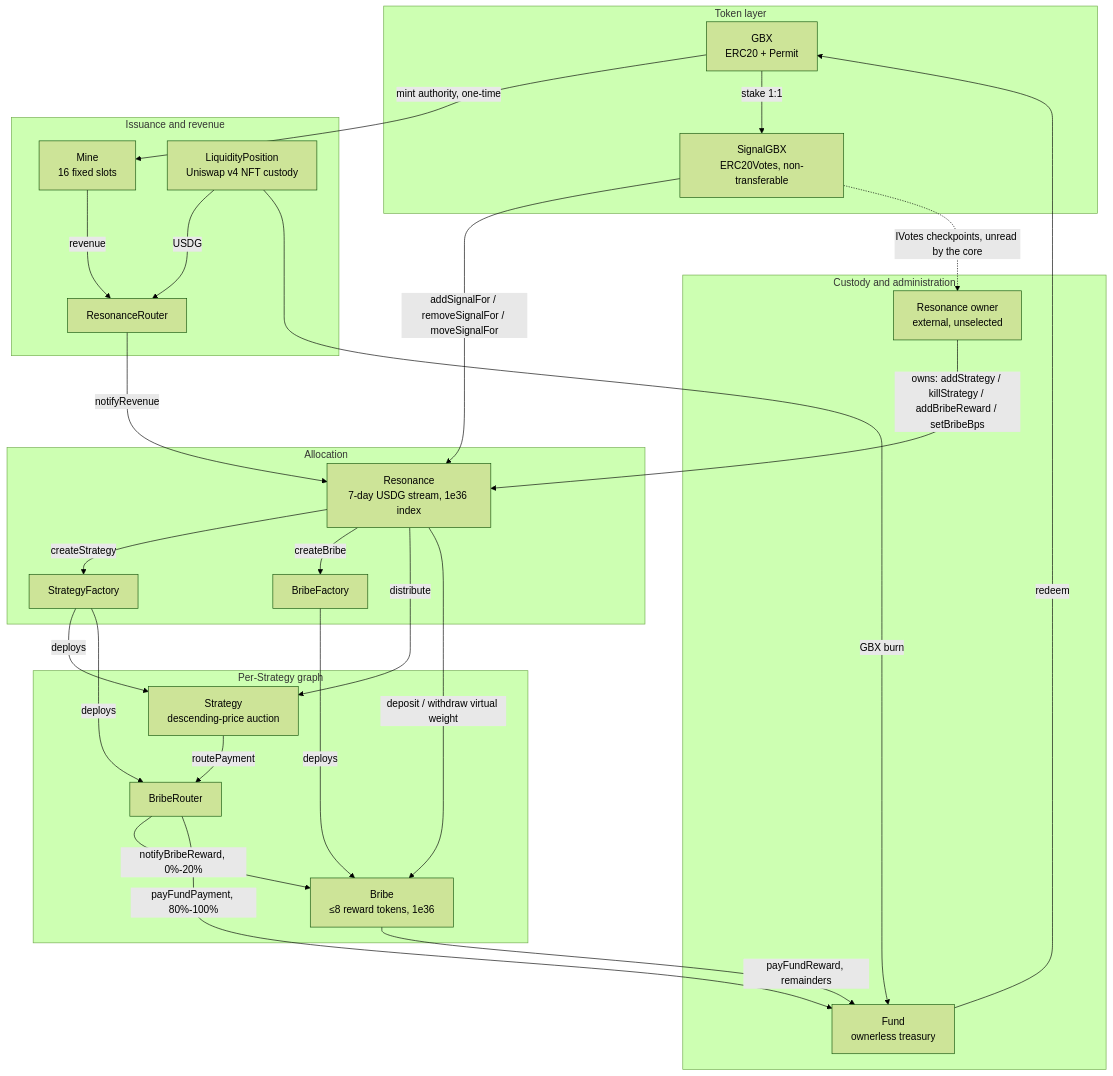
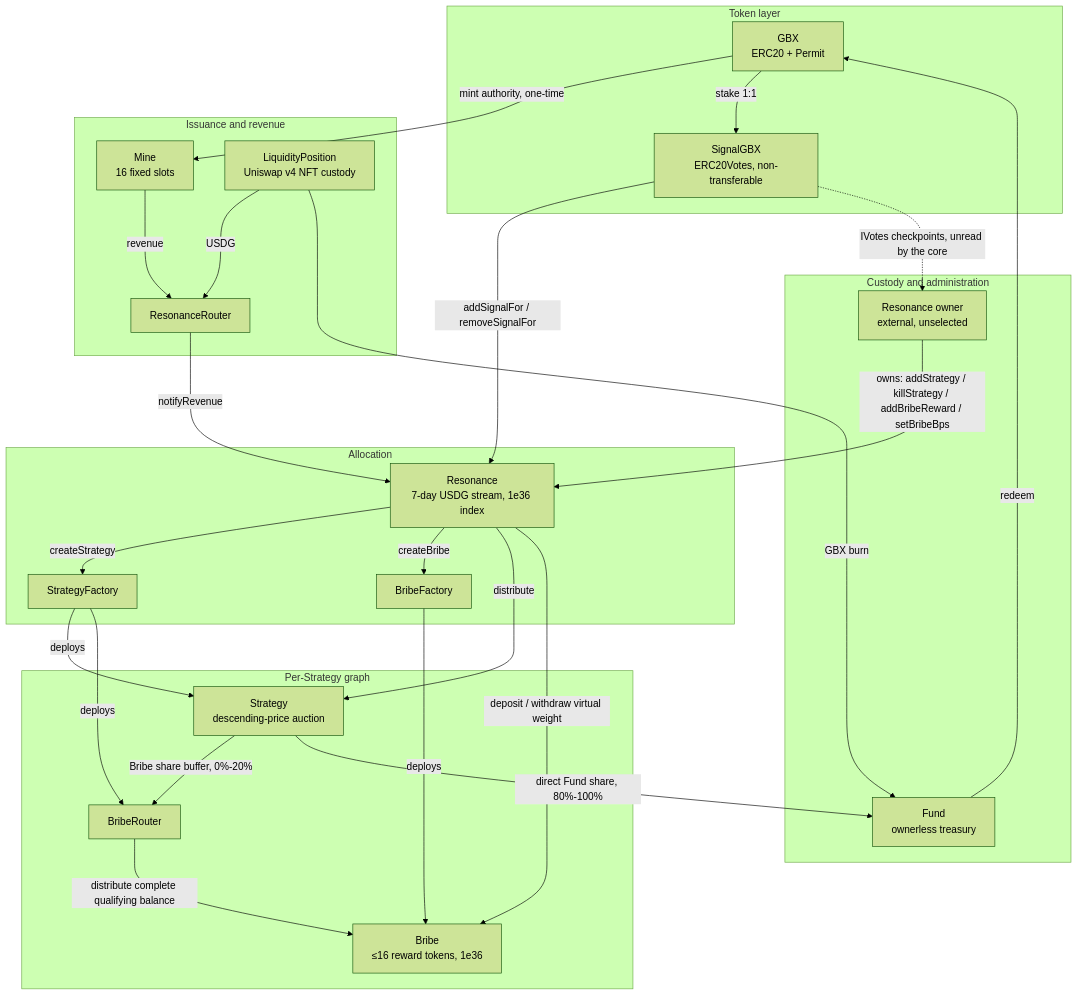
The diagram in docs/whitepapers/gumball-6900/whitepaper.md (Heesho/gumball6900), drawn with Mermaid (forest theme) before and after one commit. The commit also changed other lines of this file and 164 other files, not shown here.

````diff
--- a/docs/whitepapers/gumball-6900/whitepaper.md
+++ b/docs/whitepapers/gumball-6900/whitepaper.md
@@ -219,48 +223,47 @@
 ```mermaid
 flowchart TB
   subgraph Token["Token layer"]
     GBX[GBX<br/>ERC20 + Permit]
     SGBX[SignalGBX<br/>ERC20Votes, non-transferable]
   end
   subgraph Issue["Issuance and revenue"]
     MINE[Mine<br/>16 fixed slots]
     LP[LiquidityPosition<br/>Uniswap v4 NFT custody]
     RR[ResonanceRouter]
   end
   subgraph Alloc["Allocation"]
     RES[Resonance<br/>7-day USDG stream, 1e36 index]
     SF[StrategyFactory]
     BF[BribeFactory]
   end
   subgraph Perstrat["Per-Strategy graph"]
     STR[Strategy<br/>descending-price auction]
     BR[BribeRouter]
-    BRIBE[Bribe<br/>≤8 reward tokens, 1e36]
+    BRIBE[Bribe<br/>≤16 reward tokens, 1e36]
   end
   subgraph Custody["Custody and administration"]
     FUND[Fund<br/>ownerless treasury]
     OWNER[Resonance owner<br/>external, unselected]
   end
 
   GBX -->|mint authority, one-time| MINE
   GBX -->|stake 1:1| SGBX
   MINE -->|revenue| RR
   LP -->|USDG| RR
   LP -->|GBX burn| FUND
   RR -->|notifyRevenue| RES
-  SGBX -->|addSignalFor / removeSignalFor / moveSignalFor| RES
+  SGBX -->|addSignalFor / removeSignalFor| RES
   SGBX -.->|IVotes checkpoints, unread by the core| OWNER
   RES -->|createStrategy| SF
   RES -->|createBribe| BF
   SF -->|deploys| STR
   SF -->|deploys| BR
   BF -->|deploys| BRIBE
   RES -->|distribute| STR
   RES -->|deposit / withdraw virtual weight| BRIBE
-  STR -->|routePayment| BR
-  BR -->|notifyBribeReward, 0%-20%| BRIBE
-  BR -->|payFundPayment, 80%-100%| FUND
-  BRIBE -->|payFundReward, remainders| FUND
+  STR -->|Bribe share buffer, 0%-20%| BR
+  STR -->|direct Fund share, 80%-100%| FUND
+  BR -->|distribute complete qualifying balance| BRIBE
   OWNER -->|owns: addStrategy / killStrategy / addBribeReward / setBribeBps| RES
   FUND -->|redeem| GBX
 ```
````
